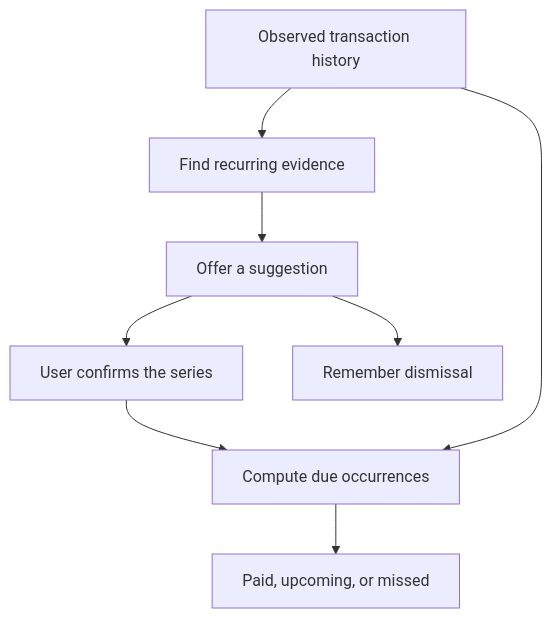
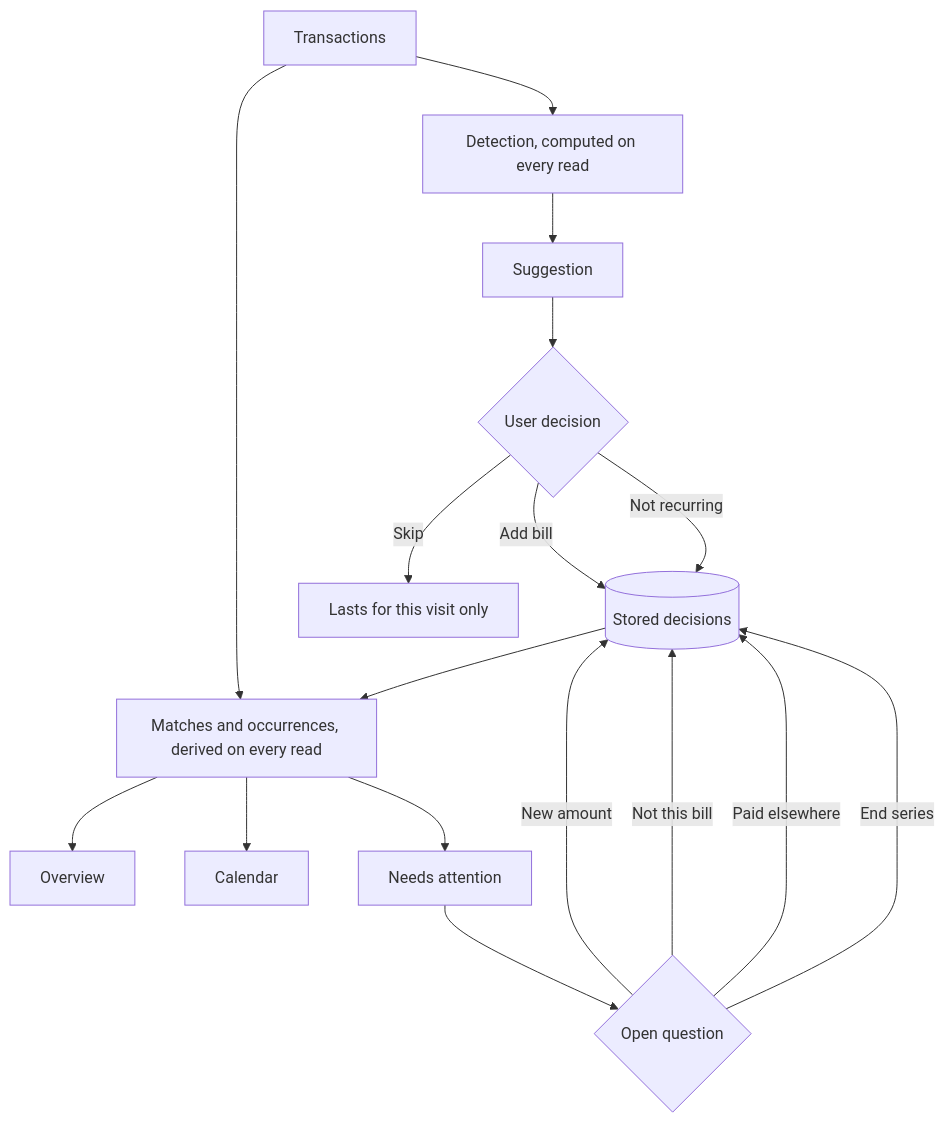
Before and after one commit to spinningyoyo/omsync: the diagram in docs/architecture/recurring.md, drawn with Mermaid. The commit also changed other lines of this file and 2088 other files, not shown here.

Commit message:
feat(recurring): add the overview, the review queue, and price-change questions

````diff
--- a/docs/architecture/recurring.md
+++ b/docs/architecture/recurring.md
@@ -38,10 +151,19 @@
 ```mermaid
 flowchart TD
-    Ledger[Observed transaction history] --> Detect[Find recurring evidence]
-    Detect --> Suggest[Offer a suggestion]
-    Suggest --> Confirm[User confirms the series]
-    Suggest --> Dismiss[Remember dismissal]
-    Confirm --> Schedule[Compute due occurrences]
-    Ledger --> Schedule
-    Schedule --> Calendar[Paid, upcoming, or missed]
+    Ledger[Transactions] --> Detect[Detection, computed on every read]
+    Detect --> Suggest[Suggestion]
+    Suggest --> Decide{User decision}
+    Decide -->|Add bill| Stored[(Stored decisions)]
+    Decide -->|Not recurring| Stored
+    Decide -->|Skip| Visit[Lasts for this visit only]
+    Ledger --> Derive[Matches and occurrences, derived on every read]
+    Stored --> Derive
+    Derive --> Overview[Overview]
+    Derive --> Calendar[Calendar]
+    Derive --> Attention[Needs attention]
+    Attention --> Question{Open question}
+    Question -->|New amount| Stored
+    Question -->|Not this bill| Stored
+    Question -->|Paid elsewhere| Stored
+    Question -->|End series| Stored
 ```
````
